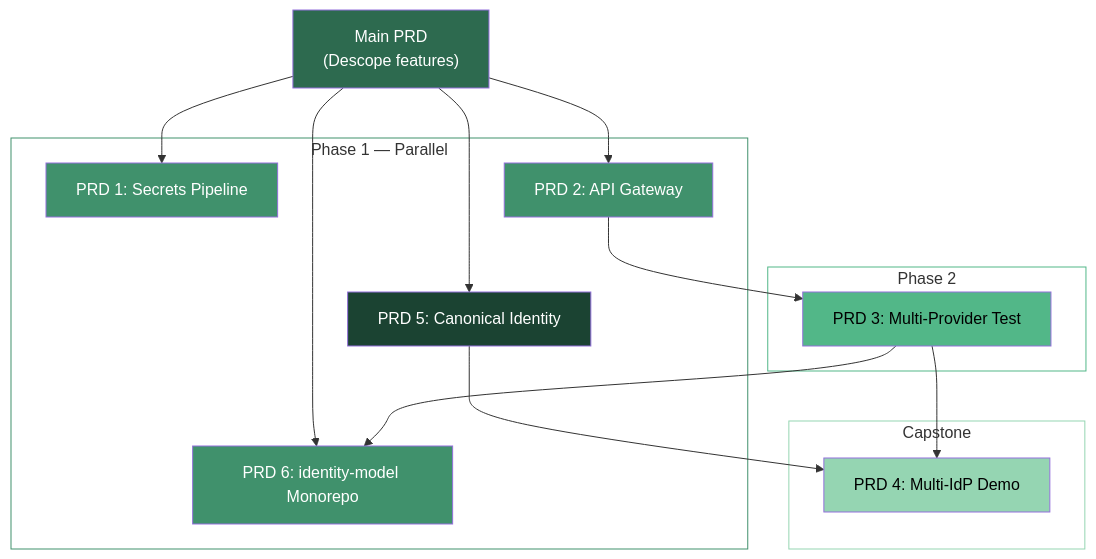
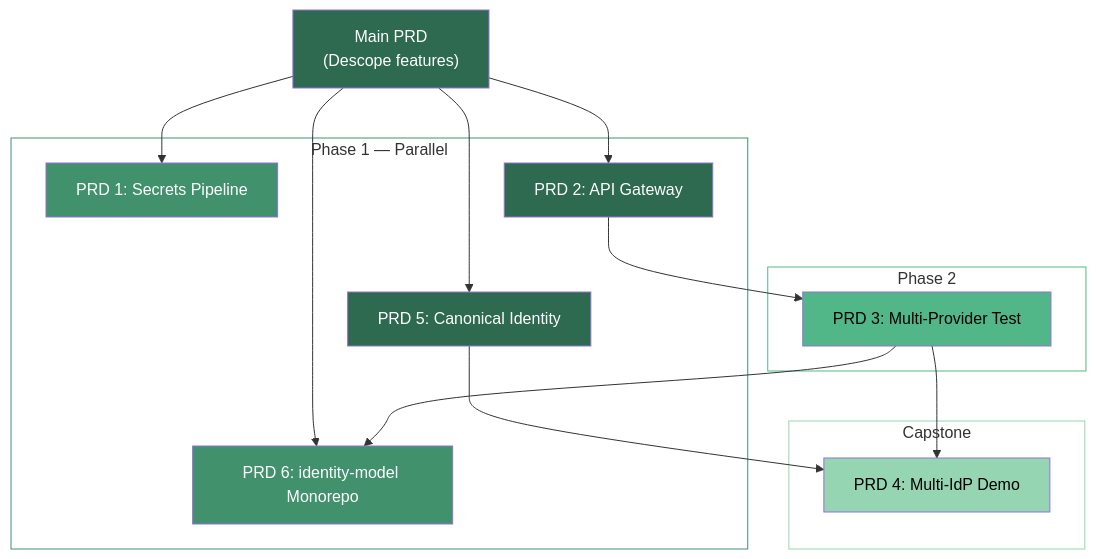
One commit to jamescrowley321/identity-stack-planning changed the diagram in docs/roadmap.md. Above: the diagram before and after it, drawn with Mermaid. The commit also changed other lines of this file, not shown here.

First line of the commit message:
docs: mark PRD 2 and PRD 5 as Done in roadmap

````diff
--- a/docs/roadmap.md
+++ b/docs/roadmap.md
@@ -19,39 +19,39 @@
 ```mermaid
 graph TD
     MAIN["Main PRD<br/>(Descope features)"]
 
     subgraph phase1["Phase 1 — Parallel"]
         PRD1["PRD 1: Secrets Pipeline"]
         PRD2["PRD 2: API Gateway"]
         PRD5["PRD 5: Canonical Identity"]
         PRD6["PRD 6: identity-model Monorepo"]
     end
 
     subgraph phase2["Phase 2"]
         PRD3["PRD 3: Multi-Provider Test"]
     end
 
     subgraph capstone["Capstone"]
         PRD4["PRD 4: Multi-IdP Demo"]
     end
 
     MAIN --> PRD1
     MAIN --> PRD2
     MAIN --> PRD5
     MAIN --> PRD6
     PRD2 --> PRD3
     PRD3 --> PRD4
     PRD5 --> PRD4
     PRD3 --> PRD6
 
     style MAIN fill:#2d6a4f,color:#fff
-    style PRD5 fill:#1b4332,color:#fff
+    style PRD5 fill:#2d6a4f,color:#fff
+    style PRD2 fill:#2d6a4f,color:#fff
     style PRD1 fill:#40916c,color:#fff
-    style PRD2 fill:#40916c,color:#fff
     style PRD3 fill:#52b788,color:#000
     style PRD4 fill:#95d5b2,color:#000
     style PRD6 fill:#40916c,color:#fff
     style phase1 fill:none,stroke:#40916c
     style phase2 fill:none,stroke:#52b788
     style capstone fill:none,stroke:#95d5b2
 ```
````
